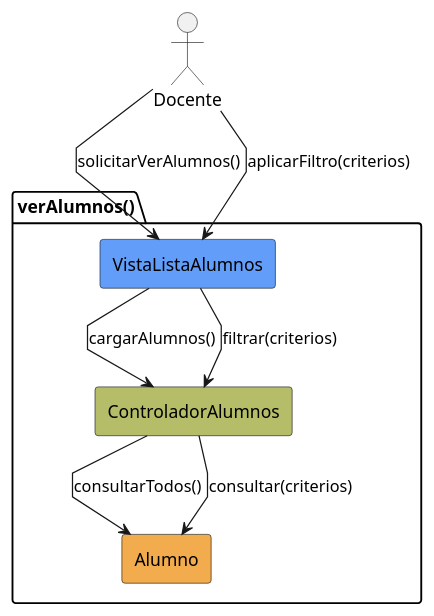
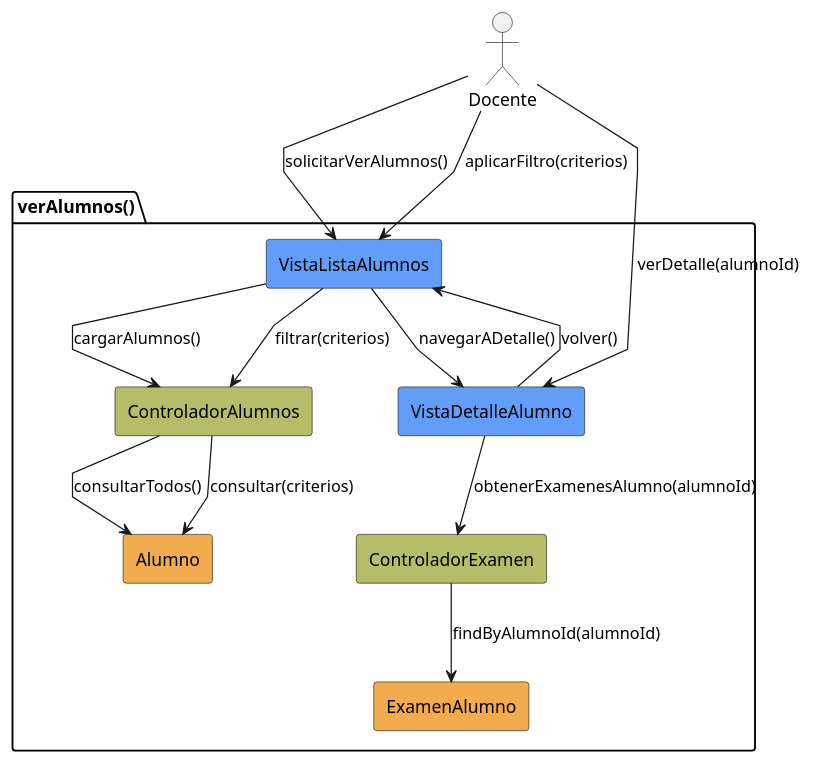
Before and after one commit to liamanderson873/25-26-idsw2-sdVC: the diagram in RUP/01-analisis/casos-uso/CU-23-verAlumnos/analisis-colaboracion-CU-23-verAlumnos.puml, drawn with PlantUML. The commit also changed 12 other files, not shown here.

First line of the commit message:
docs(RUP): actualizar diagramas de análisis y diseño con páginas de detalle, batch cancel y revisión en pestaña propia

```diff
--- a/RUP/01-analisis/casos-uso/CU-23-verAlumnos/analisis-colaboracion-CU-23-verAlumnos.puml
+++ b/RUP/01-analisis/casos-uso/CU-23-verAlumnos/analisis-colaboracion-CU-23-verAlumnos.puml
@@ -1,19 +1,28 @@
 @startuml verAlumnos-analisis
 skinparam linetype polyline
 
 actor Docente
 package verAlumnos as "verAlumnos()" {
     rectangle #629EF9 VistaListaAlumnos
+    rectangle #629EF9 VistaDetalleAlumno
     rectangle #b5bd68 ControladorAlumnos
+    rectangle #b5bd68 ControladorExamen
     rectangle #F2AC4E Alumno
+    rectangle #F2AC4E ExamenAlumno
 }
 
 Docente -r-> VistaListaAlumnos: solicitarVerAlumnos()
 VistaListaAlumnos -d-> ControladorAlumnos: cargarAlumnos()
 ControladorAlumnos --> Alumno: consultarTodos()
 
 Docente --> VistaListaAlumnos: aplicarFiltro(criterios)
 VistaListaAlumnos --> ControladorAlumnos: filtrar(criterios)
 ControladorAlumnos --> Alumno: consultar(criterios)
 
+Docente -r-> VistaDetalleAlumno: verDetalle(alumnoId)
+VistaListaAlumnos -r-> VistaDetalleAlumno: navegarADetalle()
+VistaDetalleAlumno -d-> ControladorExamen: obtenerExamenesAlumno(alumnoId)
+ControladorExamen --> ExamenAlumno: findByAlumnoId(alumnoId)
+VistaDetalleAlumno --> VistaListaAlumnos: volver()
+
 @enduml
```
